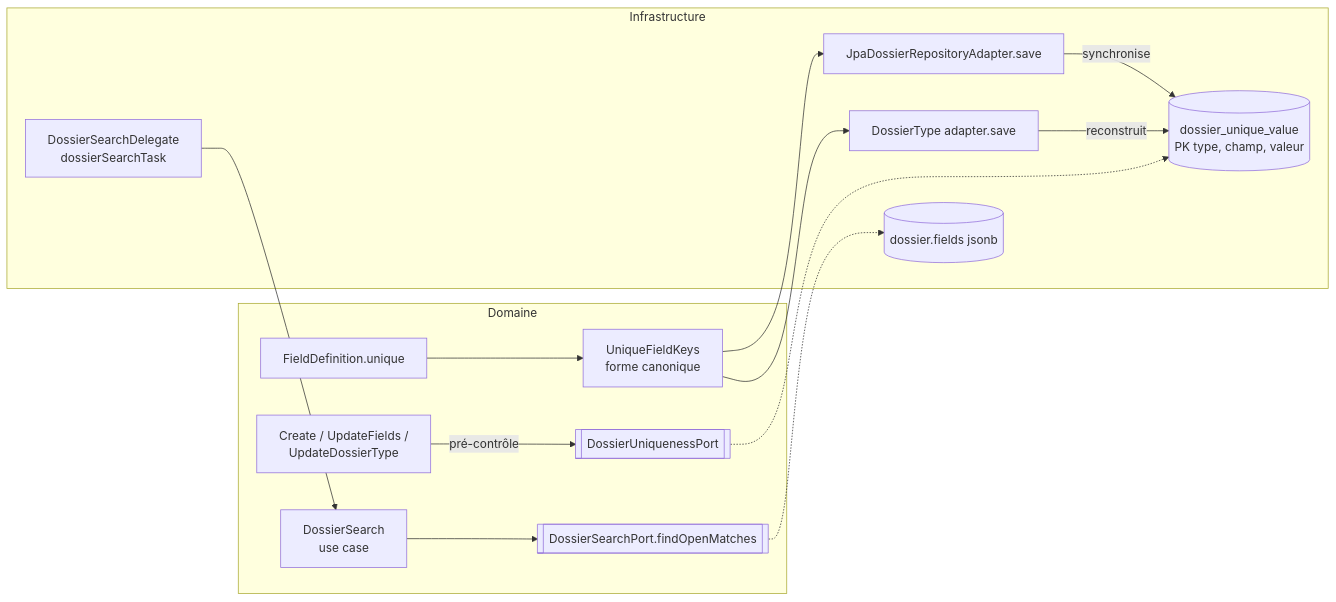
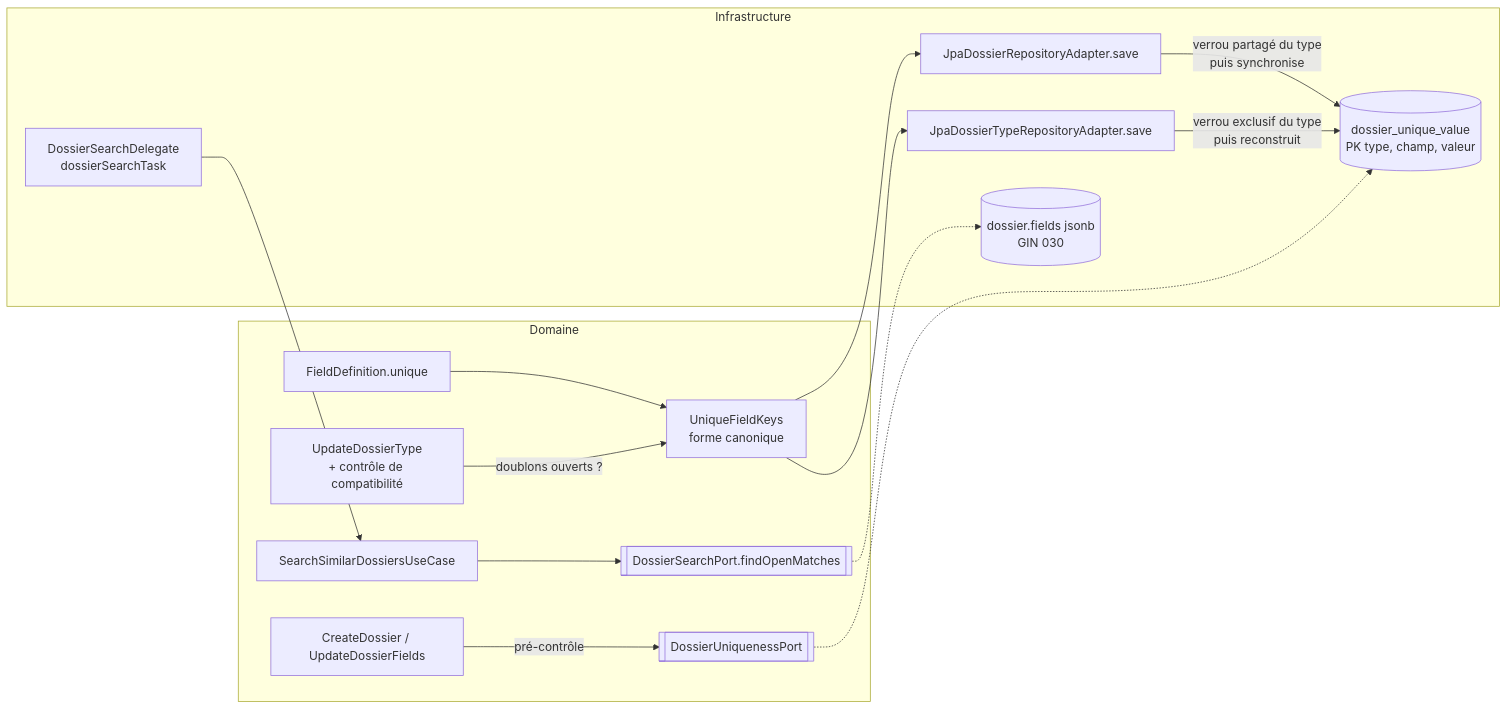
Before and after one commit to superjojo79/Myrmacta: the diagram in docs/ai/design/2026-10-24-feature-unicite-champ-dossier.md, drawn with Mermaid. The commit also changed other lines of this file and 3 other files, not shown here.

First line of the commit message:
docs(ai): conception de l'unicité d'un champ de dossier (issue #184)

````diff
--- a/docs/ai/design/2026-10-24-feature-unicite-champ-dossier.md
+++ b/docs/ai/design/2026-10-24-feature-unicite-champ-dossier.md
@@ -13,17 +13,18 @@
 ```mermaid
 flowchart LR
   subgraph Domaine
     FD[FieldDefinition.unique] --> UK[UniqueFieldKeys<br/>forme canonique]
-    UC[Create / UpdateFields /<br/>UpdateDossierType] -->|pré-contrôle| UP[[DossierUniquenessPort]]
-    SB[DossierSearch<br/>use case] --> SP[[DossierSearchPort.findOpenMatches]]
+    UC[CreateDossier / UpdateDossierFields] -->|pré-contrôle| UP[[DossierUniquenessPort]]
+    UT[UpdateDossierType<br/>+ contrôle de compatibilité] -->|doublons ouverts ?| UK
+    SB[SearchSimilarDossiersUseCase] --> SP[[DossierSearchPort.findOpenMatches]]
   end
   subgraph Infrastructure
-    RA[JpaDossierRepositoryAdapter.save] -->|synchronise| T[(dossier_unique_value<br/>PK type, champ, valeur)]
+    RA[JpaDossierRepositoryAdapter.save] -->|verrou partagé du type<br/>puis synchronise| T[(dossier_unique_value<br/>PK type, champ, valeur)]
+    TA[JpaDossierTypeRepositoryAdapter.save] -->|verrou exclusif du type<br/>puis reconstruit| T
     UP -.-> T
-    TA[DossierType adapter.save] -->|reconstruit| T
     DL[DossierSearchDelegate<br/>dossierSearchTask] --> SB
-    SP -.-> D[(dossier.fields jsonb)]
+    SP -.-> D[(dossier.fields jsonb<br/>GIN 030)]
   end
   UK --> RA
   UK --> TA
 ```
````
